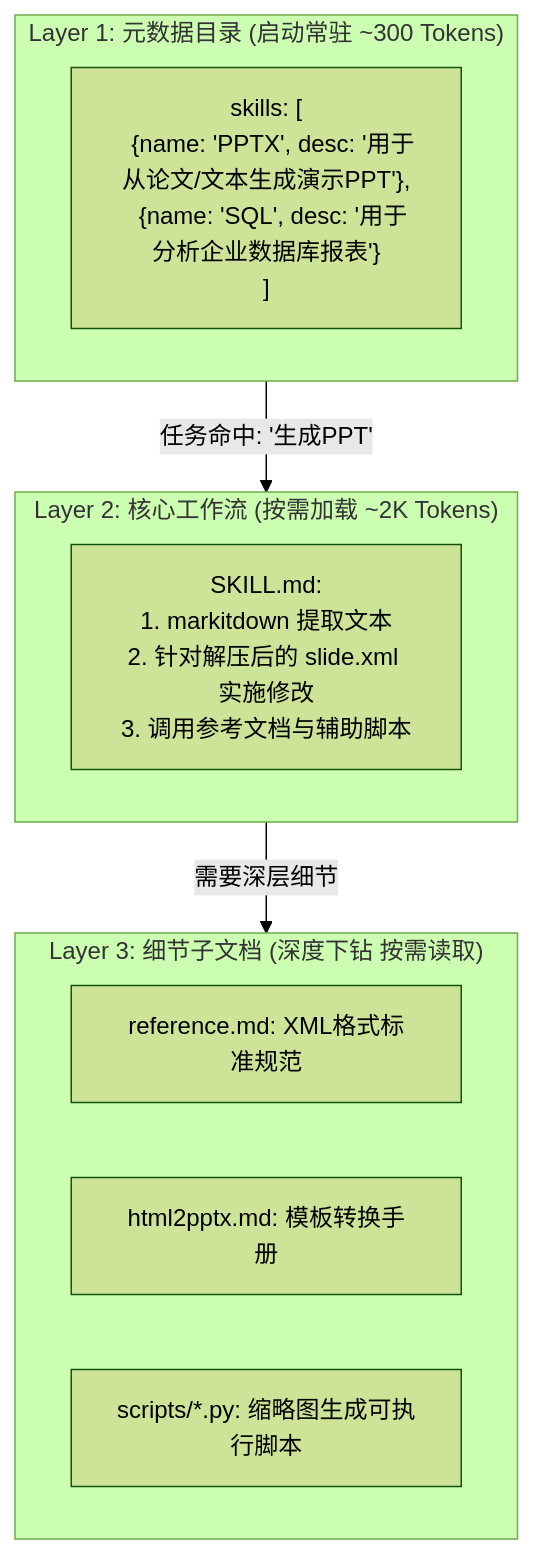
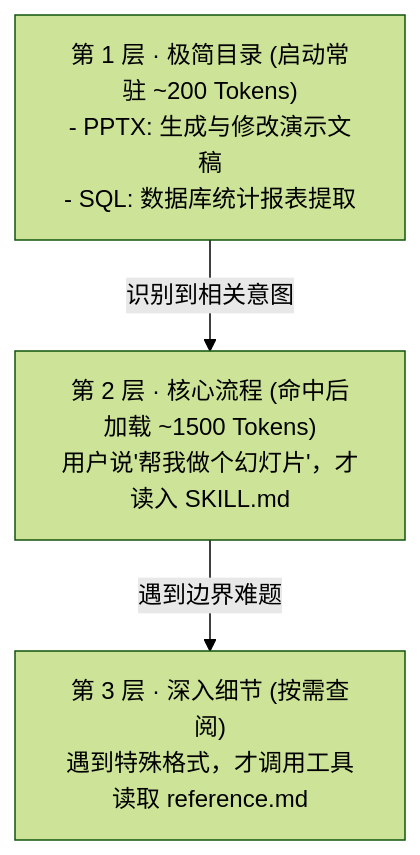
The third of 3 diagrams in app/ch02-context/03-prompt-engineering-and-skills/page.mdx (ljh12138164/ai-agent-study), drawn with Mermaid (forest theme) before and after one commit. The commit also changed other lines of this file and 43 other files, not shown here.

````diff
--- a/app/ch02-context/03-prompt-engineering-and-skills/page.mdx
+++ b/app/ch02-context/03-prompt-engineering-and-skills/page.mdx
@@ -102,19 +97,9 @@
 ```mermaid
 flowchart TD
-    subgraph Layer1["Layer 1: 元数据目录 (启动常驻 ~300 Tokens)"]
-        M["skills: [<br/>  {name: 'PPTX', desc: '用于从论文/文本生成演示PPT'},<br/>  {name: 'SQL', desc: '用于分析企业数据库报表'}<br/>]"]
-    end
+    L1["第 1 层 · 极简目录 (启动常驻 ~200 Tokens)<br/>- PPTX: 生成与修改演示文稿<br/>- SQL: 数据库统计报表提取"]
+    L2["第 2 层 · 核心流程 (命中后加载 ~1500 Tokens)<br/>用户说'帮我做个幻灯片'，才读入 SKILL.md"]
+    L3["第 3 层 · 深入细节 (按需查阅)<br/>遇到特殊格式，才调用工具读取 reference.md"]
 
-    subgraph Layer2["Layer 2: 核心工作流 (按需加载 ~2K Tokens)"]
-        W["SKILL.md:<br/>1. markitdown 提取文本<br/>2. 针对解压后的 slide.xml 实施修改<br/>3. 调用参考文档与辅助脚本"]
-    end
-
-    subgraph Layer3["Layer 3: 细节子文档 (深度下钻 按需读取)"]
-        D1["reference.md: XML格式标准规范"]
-        D2["html2pptx.md: 模板转换手册"]
-        D3["scripts/*.py: 缩略图生成可执行脚本"]
-    end
-
-    Layer1 -->|任务命中: '生成PPT'| Layer2
-    Layer2 -->|需要深层细节| Layer3
+    L1 -->|识别到相关意图| L2
+    L2 -->|遇到边界难题| L3
 ```
````
